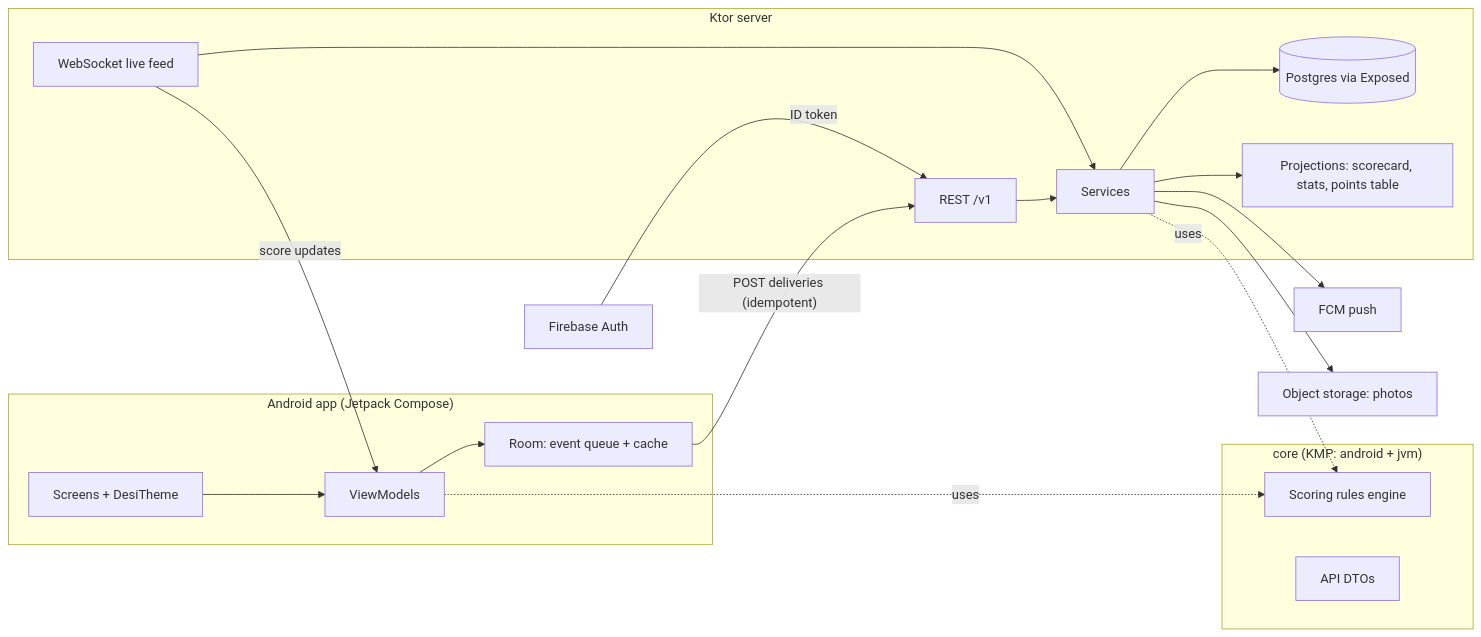
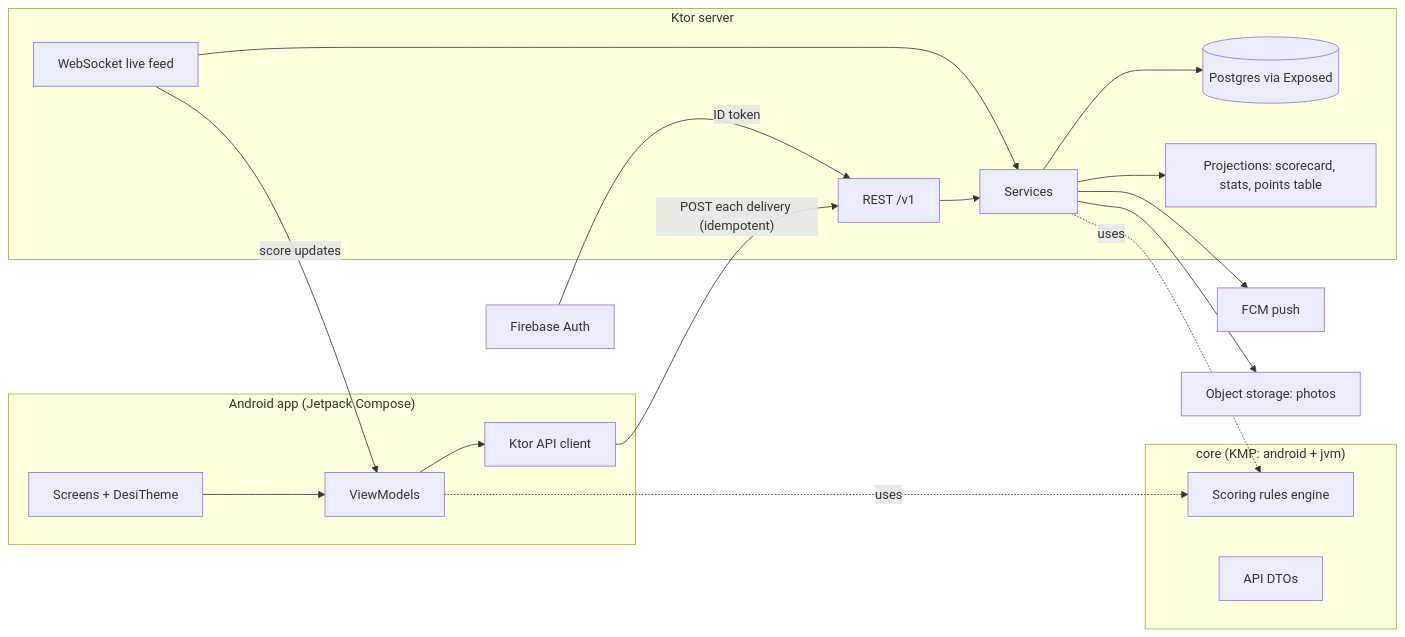
One commit to 1-harshr/DesiCrics changed the diagram in docs/architecture.md. Above: the diagram before and after it, drawn with Mermaid. The commit also changed other lines of this file and 14 other files, not shown here.

````diff
--- a/docs/architecture.md
+++ b/docs/architecture.md
@@ -7,24 +7,24 @@
 ```mermaid
 flowchart LR
   subgraph Android["Android app (Jetpack Compose)"]
     UI[Screens + DesiTheme] --> VM[ViewModels]
-    VM --> Q[Room: event queue + cache]
+    VM --> Q[Ktor API client]
   end
   subgraph Core["core (KMP: android + jvm)"]
     R[Scoring rules engine]
     D[API DTOs]
   end
   subgraph Server["Ktor server"]
     API[REST /v1] --> SVC[Services]
     WS[WebSocket live feed] --> SVC
     SVC --> DB[(Postgres via Exposed)]
     SVC --> PROJ[Projections: scorecard, stats, points table]
   end
-  Q -- "POST deliveries (idempotent)" --> API
+  Q -- "POST each delivery (idempotent)" --> API
   WS -- "score updates" --> VM
   VM -.uses.-> R
   SVC -.uses.-> R
   FA[Firebase Auth] -- ID token --> API
   SVC --> FCM[FCM push]
   SVC --> OBJ[Object storage: photos]
 ```
````
